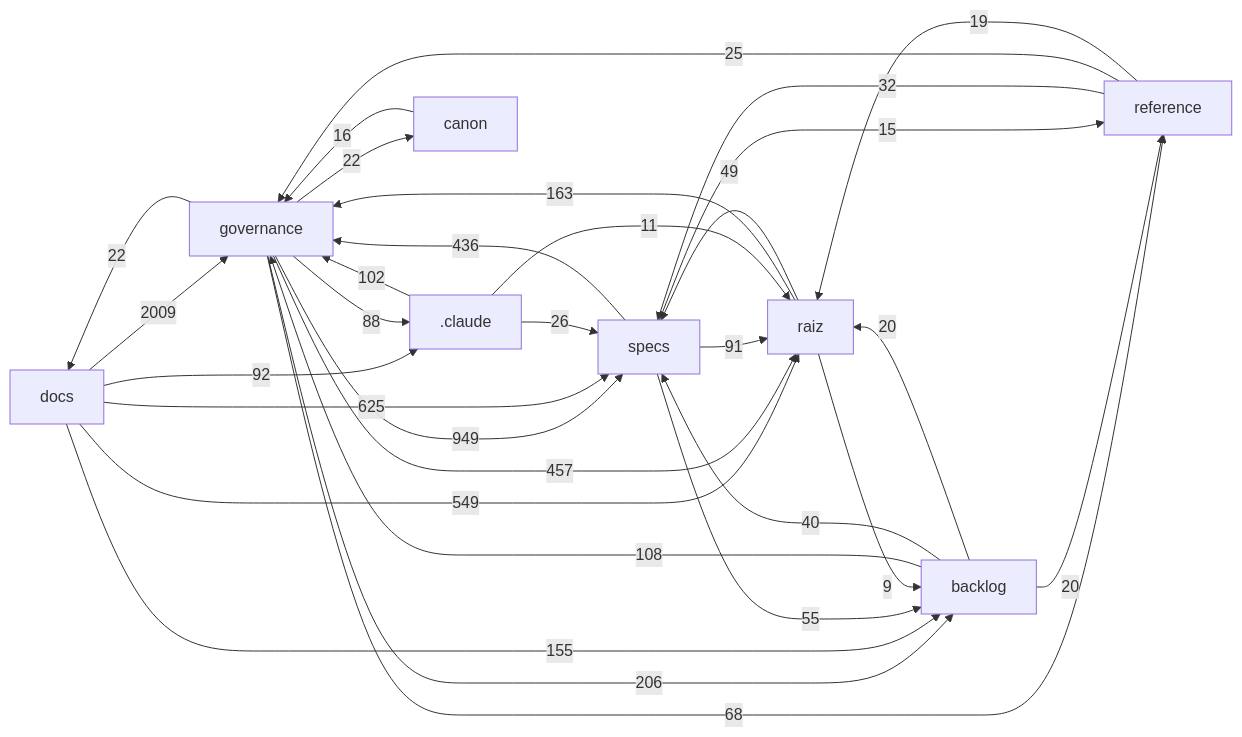
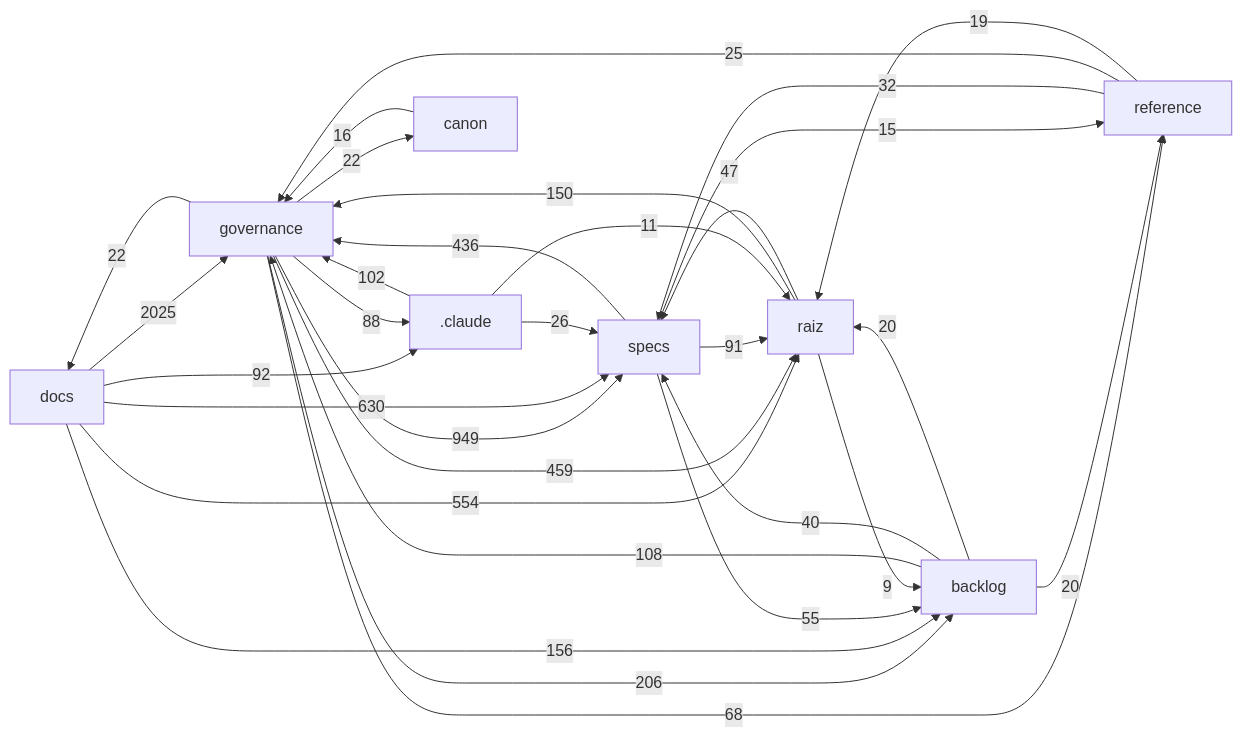
Before and after one commit to Andraus35/Sistema-Operacional-de-Trading--SOT: the diagram in docs/mapa/MAPA-PROJETO.md, drawn with Mermaid. The commit also changed other lines of this file and 8 other files, not shown here.

````diff
--- a/docs/mapa/MAPA-PROJETO.md
+++ b/docs/mapa/MAPA-PROJETO.md
@@ -29,33 +29,33 @@
 ```mermaid
 flowchart LR
-  docs["docs"] -->|2009| governance["governance"]
+  docs["docs"] -->|2025| governance["governance"]
   governance["governance"] -->|949| specs["specs"]
-  docs["docs"] -->|625| specs["specs"]
-  docs["docs"] -->|549| raiz["raiz"]
-  governance["governance"] -->|457| raiz["raiz"]
+  docs["docs"] -->|630| specs["specs"]
+  docs["docs"] -->|554| raiz["raiz"]
+  governance["governance"] -->|459| raiz["raiz"]
   specs["specs"] -->|436| governance["governance"]
   governance["governance"] -->|206| backlog["backlog"]
-  raiz["raiz"] -->|163| governance["governance"]
-  docs["docs"] -->|155| backlog["backlog"]
+  docs["docs"] -->|156| backlog["backlog"]
+  raiz["raiz"] -->|150| governance["governance"]
   backlog["backlog"] -->|108| governance["governance"]
   _claude[".claude"] -->|102| governance["governance"]
   docs["docs"] -->|92| _claude[".claude"]
   specs["specs"] -->|91| raiz["raiz"]
   governance["governance"] -->|88| _claude[".claude"]
   governance["governance"] -->|68| reference["reference"]
   specs["specs"] -->|55| backlog["backlog"]
-  raiz["raiz"] -->|49| specs["specs"]
+  raiz["raiz"] -->|47| specs["specs"]
   backlog["backlog"] -->|40| specs["specs"]
   reference["reference"] -->|32| specs["specs"]
   _claude[".claude"] -->|26| specs["specs"]
   reference["reference"] -->|25| governance["governance"]
   governance["governance"] -->|22| docs["docs"]
   governance["governance"] -->|22| canon["canon"]
   backlog["backlog"] -->|20| raiz["raiz"]
   backlog["backlog"] -->|20| reference["reference"]
   reference["reference"] -->|19| raiz["raiz"]
   canon["canon"] -->|16| governance["governance"]
   specs["specs"] -->|15| reference["reference"]
   _claude[".claude"] -->|11| raiz["raiz"]
   raiz["raiz"] -->|9| backlog["backlog"]
 ```
````
